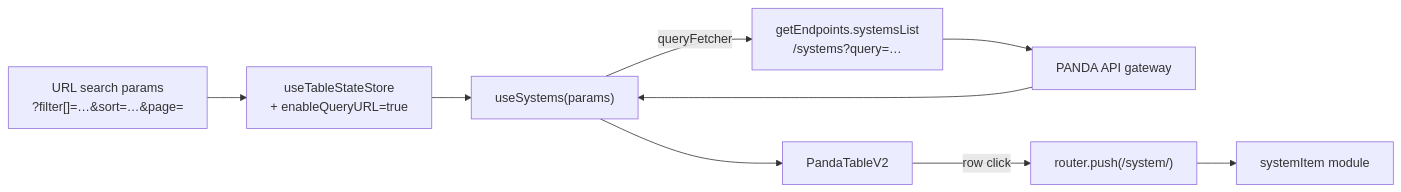
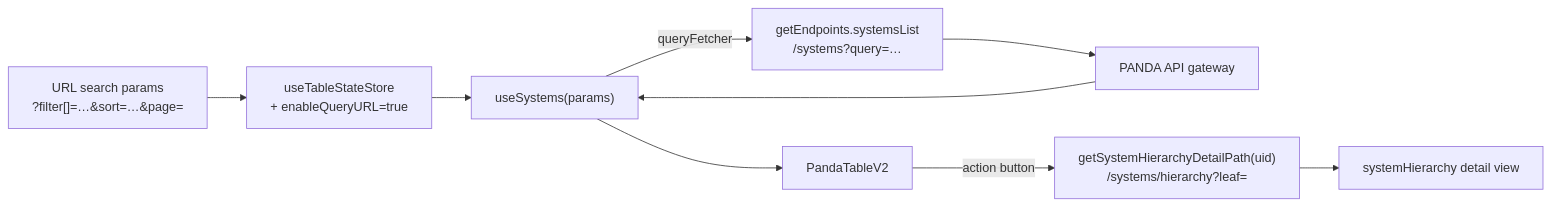
The diagram in docs/technical/systems-family/systems-overview.md (eli-eric/ELI-panda), drawn with Mermaid before and after one commit. The commit also changed 46 other files, not shown here.

First line of the commit message:
feat(systemHierarchy): deprecate systemItem, relink system links to hierarchy deep links

````diff
--- a/docs/technical/systems-family/systems-overview.md
+++ b/docs/technical/systems-family/systems-overview.md
@@ -54,11 +54,11 @@
 ```mermaid
 flowchart LR
     URL["URL search params\n?filter[]=…&sort=…&page="] --> Store["useTableStateStore\n+ enableQueryURL=true"]
     Store --> H["useSystems(params)"]
     H -->|queryFetcher| EP["getEndpoints.systemsList\n/systems?query=…"]
     EP --> GW["PANDA API gateway"]
     GW --> H
     H --> Table["PandaTableV2"]
-    Table -->|row click| Nav["router.push(/system/<uid>)"]
-    Nav --> Item["systemItem module"]
+    Table -->|action button| Nav["getSystemHierarchyDetailPath(uid)\n/systems/hierarchy?leaf=<uid>"]
+    Nav --> Item["systemHierarchy detail view"]
 ```
````
